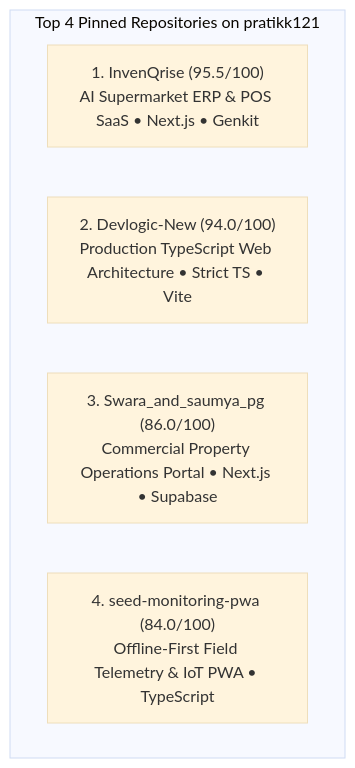
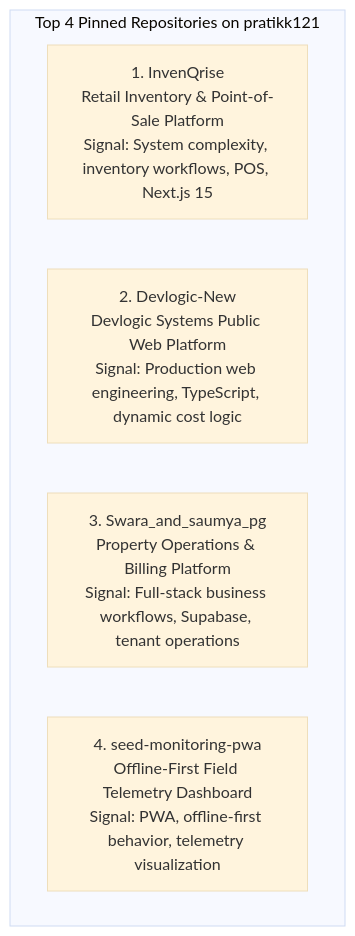
The diagram in reports/DAY 2/TASK_6_GITHUB_PORTFOLIO_CONSOLIDATION.md (pratikk121/Devlogic-New), drawn with Mermaid (base theme) before and after one commit. The commit also changed other lines of this file and 4 other files, not shown here.

````diff
--- a/reports/DAY 2/TASK_6_GITHUB_PORTFOLIO_CONSOLIDATION.md
+++ b/reports/DAY 2/TASK_6_GITHUB_PORTFOLIO_CONSOLIDATION.md
@@ -63,9 +80,9 @@
 ```mermaid
 graph TD
     subgraph PINNED [Top 4 Pinned Repositories on pratikk121]
-        P1["1. InvenQrise (95.5/100)<br/>AI Supermarket ERP & POS SaaS • Next.js • Genkit"]
-        P2["2. Devlogic-New (94.0/100)<br/>Production TypeScript Web Architecture • Strict TS • Vite"]
-        P3["3. Swara_and_saumya_pg (86.0/100)<br/>Commercial Property Operations Portal • Next.js • Supabase"]
-        P4["4. seed-monitoring-pwa (84.0/100)<br/>Offline-First Field Telemetry & IoT PWA • TypeScript"]
+        P1["1. InvenQrise<br/>Retail Inventory & Point-of-Sale Platform<br/>Signal: System complexity, inventory workflows, POS, Next.js 15"]
+        P2["2. Devlogic-New<br/>Devlogic Systems Public Web Platform<br/>Signal: Production web engineering, TypeScript, dynamic cost logic"]
+        P3["3. Swara_and_saumya_pg<br/>Property Operations & Billing Platform<br/>Signal: Full-stack business workflows, Supabase, tenant operations"]
+        P4["4. seed-monitoring-pwa<br/>Offline-First Field Telemetry Dashboard<br/>Signal: PWA, offline-first behavior, telemetry visualization"]
     end
 ```
````
